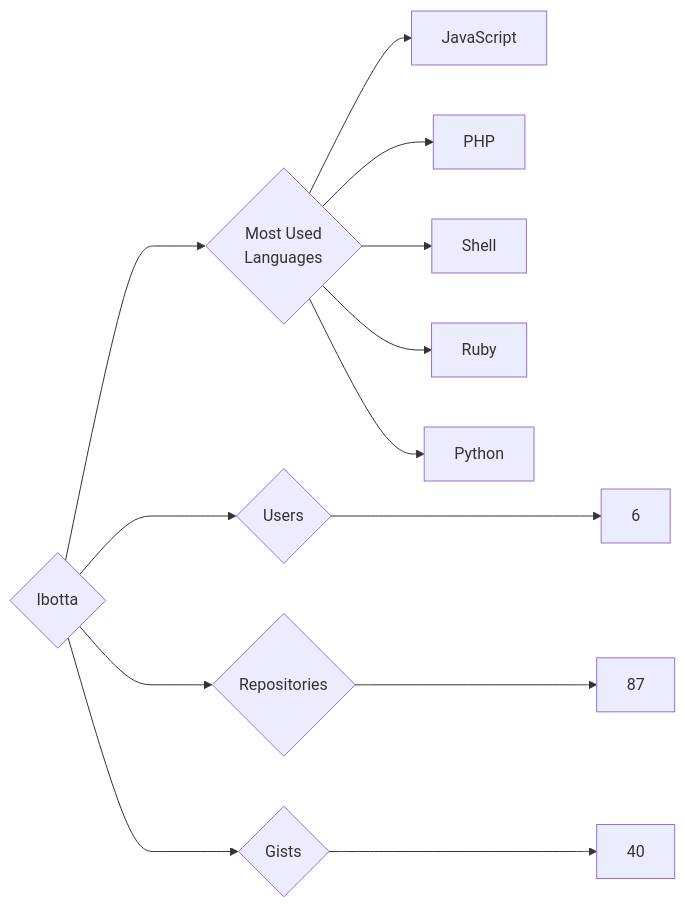
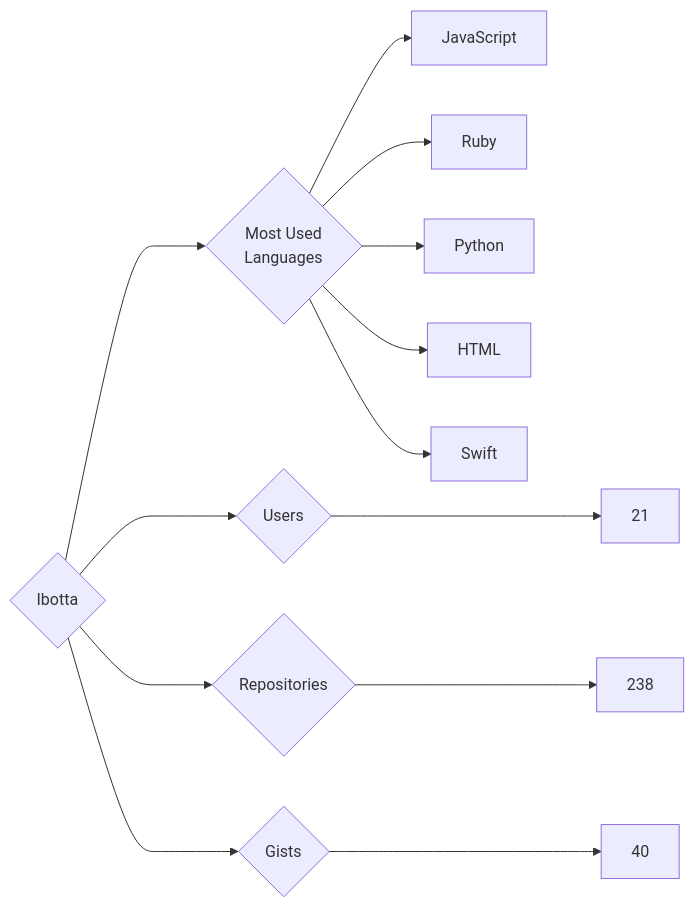
Before and after one commit to trickest/insiders: the diagram in targets/Ibotta/README.md, drawn with Mermaid. The commit also changed 736 other files, not shown here.

````diff
--- a/targets/Ibotta/README.md
+++ b/targets/Ibotta/README.md
@@ -3,13 +3,13 @@
 ```mermaid
 graph LR
 COMPANY_NAME{Ibotta}
-COMPANY_NAME ---> U{Users} ---> UN[6]
-COMPANY_NAME ---> R{Repositories} ---> RN[87]
+COMPANY_NAME ---> U{Users} ---> UN[21]
+COMPANY_NAME ---> R{Repositories} ---> RN[238]
 COMPANY_NAME ---> G{Gists} ---> GN[40]
 COMPANY_NAME ---> ML{Most Used<br>Languages}
 ML --> JavaScript[JavaScript]
-ML --> PHP[PHP]
-ML --> Shell[Shell]
 ML --> Ruby[Ruby]
 ML --> Python[Python]
+ML --> HTML[HTML]
+ML --> Swift[Swift]
 ```
````
